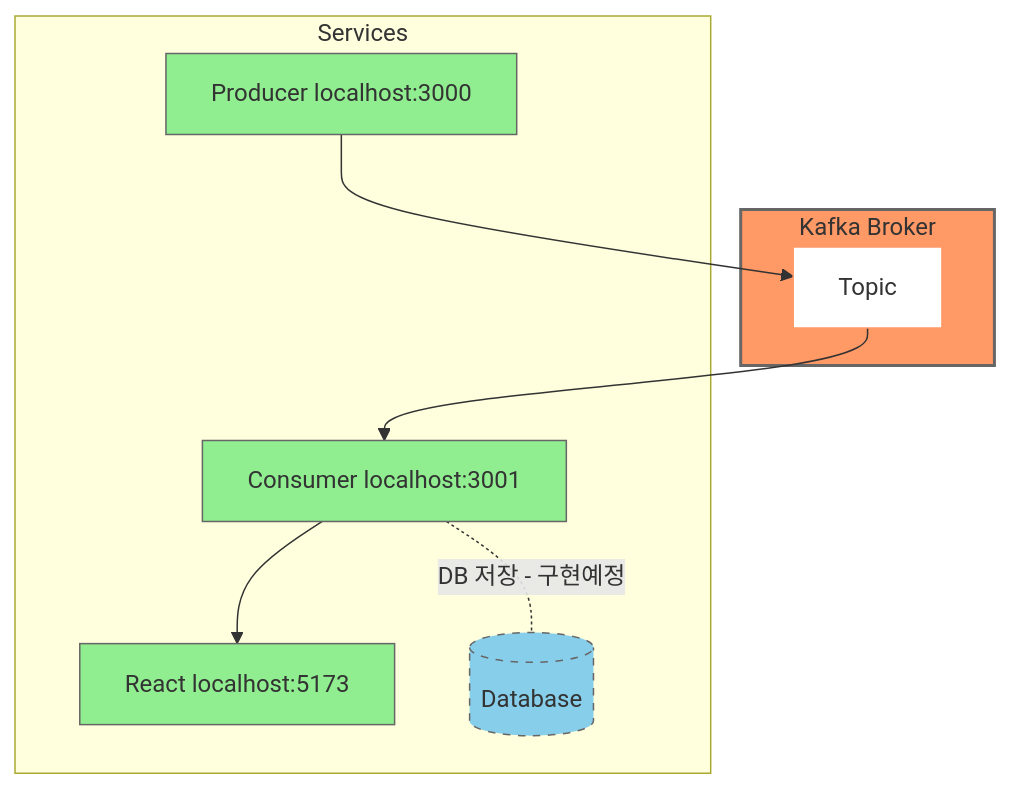
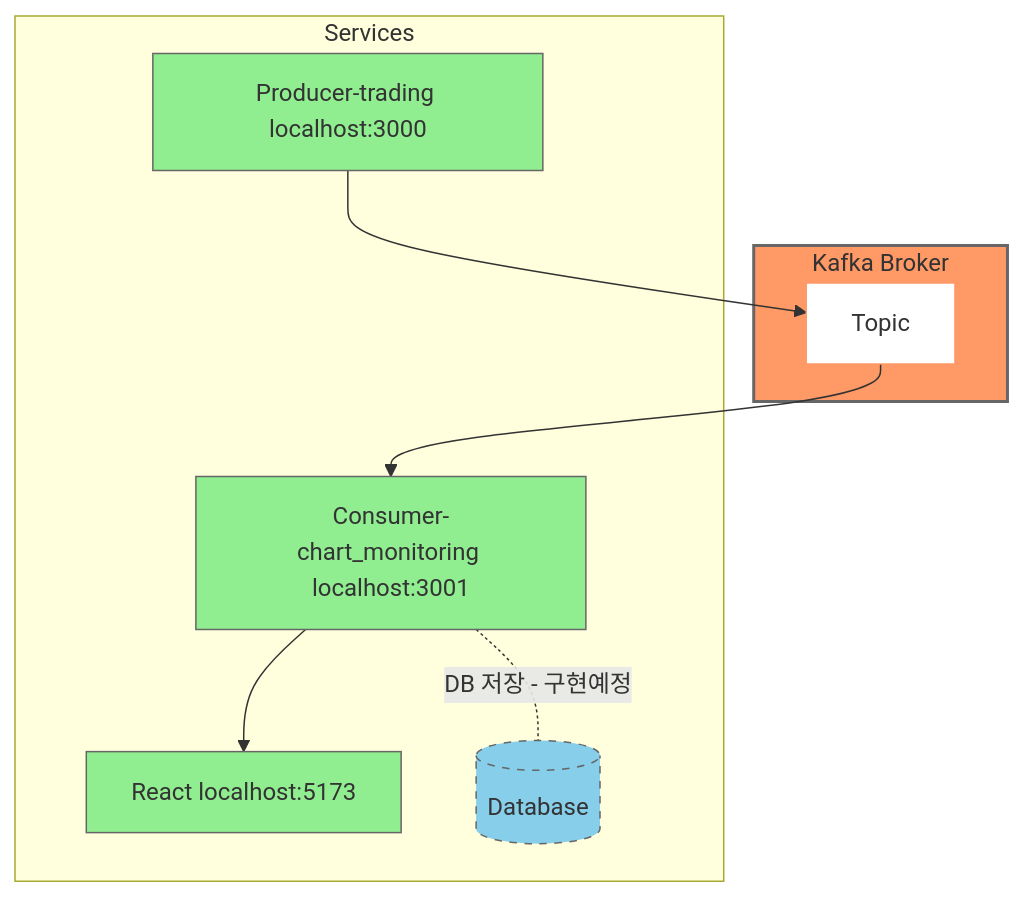
One commit to scorchedrice/kafka-websocket changed the diagram in README.md. Above: the diagram before and after it, drawn with Mermaid.

Commit message:
fix : README.md

````diff
--- a/README.md
+++ b/README.md
@@ -9,32 +9,32 @@
 ```mermaid
 flowchart TD
   subgraph Kafka[Kafka Broker]
     topic[Topic]
   end
 
   subgraph Services
-    producer[Producer localhost:3000]
-    consumer[Consumer localhost:3001]
+    producer[Producer-trading localhost:3000]
+    consumer[Consumer-chart_monitoring localhost:3001]
     frontend[React localhost:5173]
     db[(Database)]
   end
 
 %% Current data flow
   producer --> topic
   topic --> consumer
   consumer --> frontend
 
 %% Future DB implementation
   consumer -.-|DB 저장 - 구현예정|db
 
 %% Styling with universal colors
   classDef kafkaStyle fill:#ff9966,stroke:#666,stroke-width:2px,color:#333
   classDef serviceStyle fill:#90EE90,stroke:#666,color:#333
   classDef topicStyle fill:#FFF,stroke:#ff9966,color:#333
   classDef dbStyle fill:#87CEEB,stroke:#666,stroke-dasharray: 5 5,color:#333
 
   class Kafka kafkaStyle
   class producer,consumer,frontend serviceStyle
   class topic topicStyle
   class db dbStyle
 ```
````
